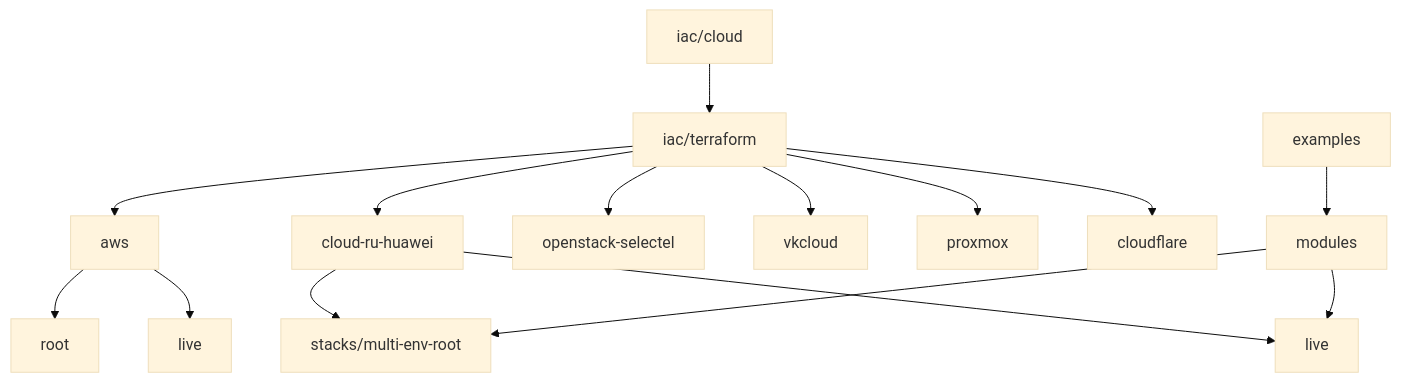
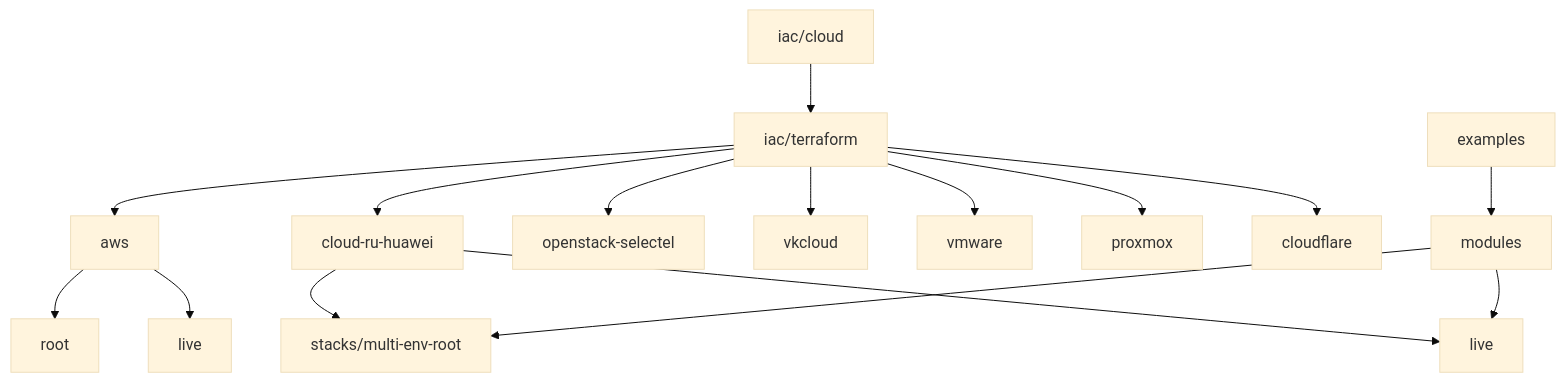
The diagram in iac/terraform/README.md (NarberallGamma/narberall-platform-engineer-lab), drawn with Mermaid (base theme) before and after one commit. The commit also changed other lines of this file and 53 other files, not shown here.

````diff
--- a/iac/terraform/README.md
+++ b/iac/terraform/README.md
@@ -35,17 +37,18 @@
 ```mermaid
 flowchart TB
   Cloud[iac/cloud] --> TF[iac/terraform]
   TF --> AWS[aws]
   AWS --> AWSroot[root]
   AWS --> AWSlive[live]
   TF --> CR[cloud-ru-huawei]
   CR --> CRstack[stacks/multi-env-root]
   CR --> CRlive[live]
   Mods[modules] --> CRstack
   Mods --> CRlive
   TF --> OS[openstack-selectel]
   TF --> VK[vkcloud]
+  TF --> VMw[vmware]
   TF --> PX[proxmox]
   TF --> CF[cloudflare]
   Ex[examples] --> Mods
 ```
````
